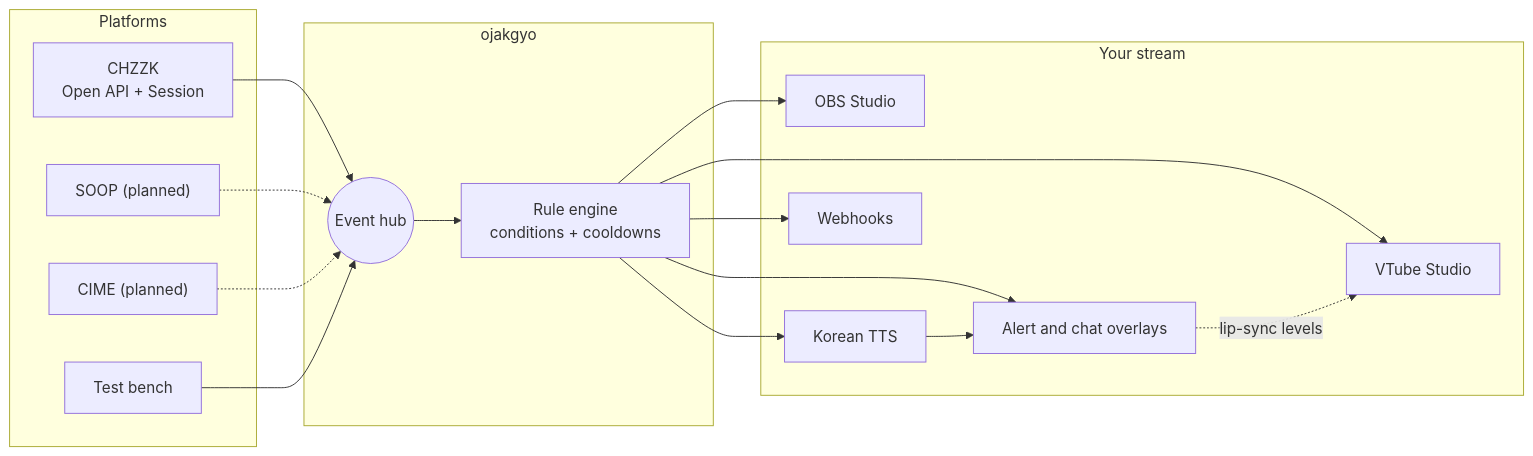
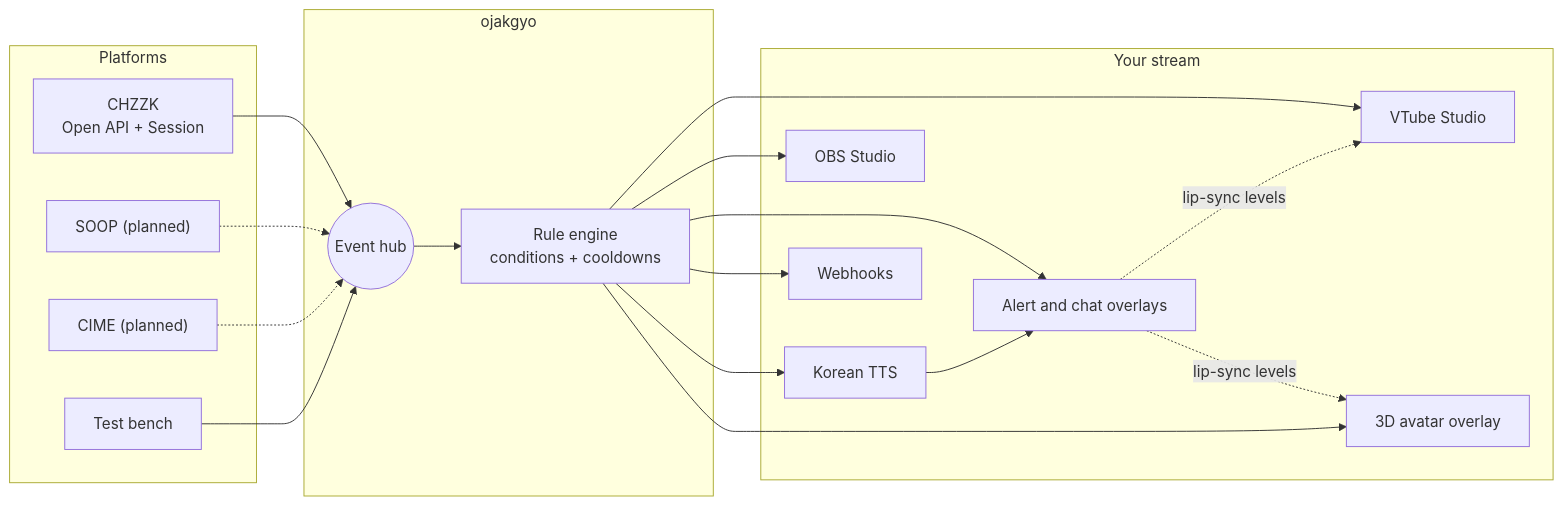
Before and after one commit to BudongJW/ojakgyo: the diagram in README.md, drawn with Mermaid. The commit also changed other lines of this file and 18 other files, not shown here.

First line of the commit message:
Add 3D VRM avatar overlay

````diff
--- a/README.md
+++ b/README.md
@@ -126,35 +138,38 @@
 ```mermaid
 flowchart LR
     subgraph PLAT["Platforms"]
         CHZZK["CHZZK<br/>Open API + Session"]
         SOOP["SOOP (planned)"]
         CIME["CIME (planned)"]
         BENCH["Test bench"]
     end
 
     subgraph BRIDGE["ojakgyo"]
         HUB(("Event hub"))
         RULES["Rule engine<br/>conditions + cooldowns"]
     end
 
     subgraph STREAM["Your stream"]
         VTS["VTube Studio"]
         OBS["OBS Studio"]
         OVERLAY["Alert and chat overlays"]
         TTS["Korean TTS"]
         HOOK["Webhooks"]
+        AVATAR["3D avatar overlay"]
     end
 
     CHZZK --> HUB
     SOOP -.-> HUB
     CIME -.-> HUB
     BENCH --> HUB
     HUB --> RULES
     RULES --> VTS
     RULES --> OBS
     RULES --> OVERLAY
     RULES --> HOOK
     RULES --> TTS
+    RULES --> AVATAR
     TTS --> OVERLAY
     OVERLAY -.->|lip-sync levels| VTS
+    OVERLAY -.->|lip-sync levels| AVATAR
 ```
````
